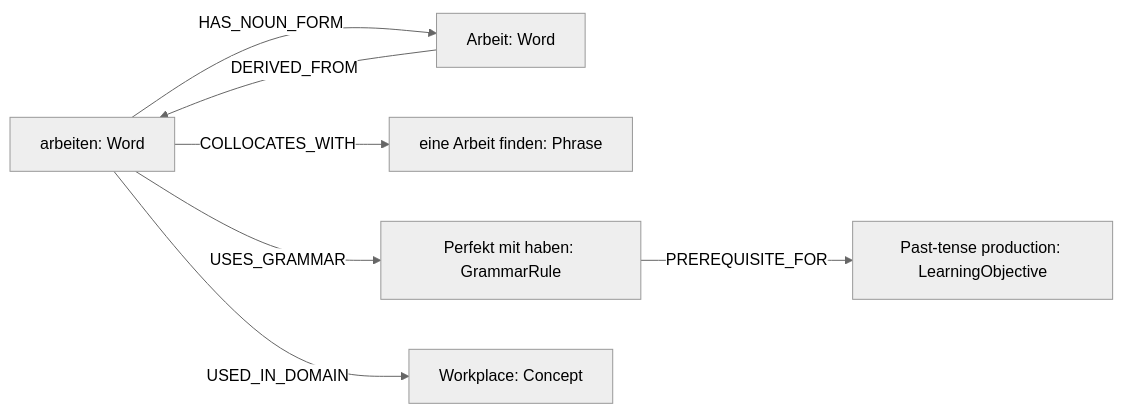
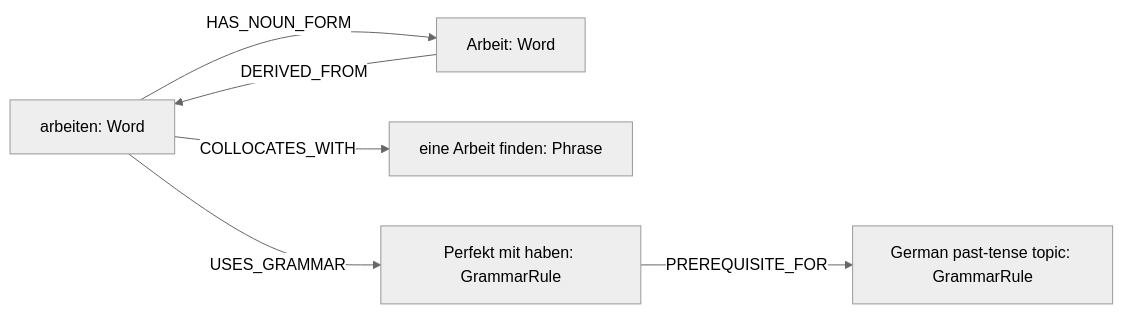
The first of 2 diagrams in docs/06_Knowledge_Graph_Architecture.md (rtsysEmbedded/LinguaBrain-AI), drawn with Mermaid (neutral theme) before and after one commit. The commit also changed other lines of this file and 15 other files, not shown here.

Commit message:
docs: review and align specification architecture

````diff
--- a/docs/06_Knowledge_Graph_Architecture.md
+++ b/docs/06_Knowledge_Graph_Architecture.md
@@ -34,9 +34,8 @@
 ```mermaid
 flowchart LR
-    V[arbeiten: Word] -->|HAS_NOUN_FORM| N[Arbeit: Word]
-    V -->|COLLOCATES_WITH| P[eine Arbeit finden: Phrase]
-    V -->|USES_GRAMMAR| G[Perfekt mit haben: GrammarRule]
-    V -->|USED_IN_DOMAIN| D[Workplace: Concept]
+    V["arbeiten: Word"] -->|HAS_NOUN_FORM| N["Arbeit: Word"]
+    V -->|COLLOCATES_WITH| P["eine Arbeit finden: Phrase"]
+    V -->|USES_GRAMMAR| G["Perfekt mit haben: GrammarRule"]
     N -->|DERIVED_FROM| V
-    G -->|PREREQUISITE_FOR| X[Past-tense production: LearningObjective]
+    G -->|PREREQUISITE_FOR| T["German past-tense topic: GrammarRule"]
 ```
````
